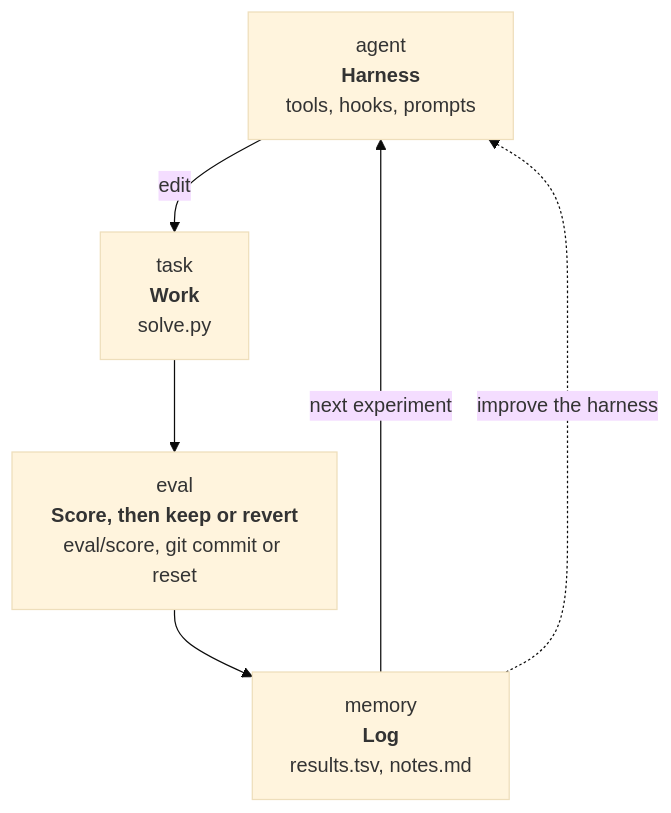
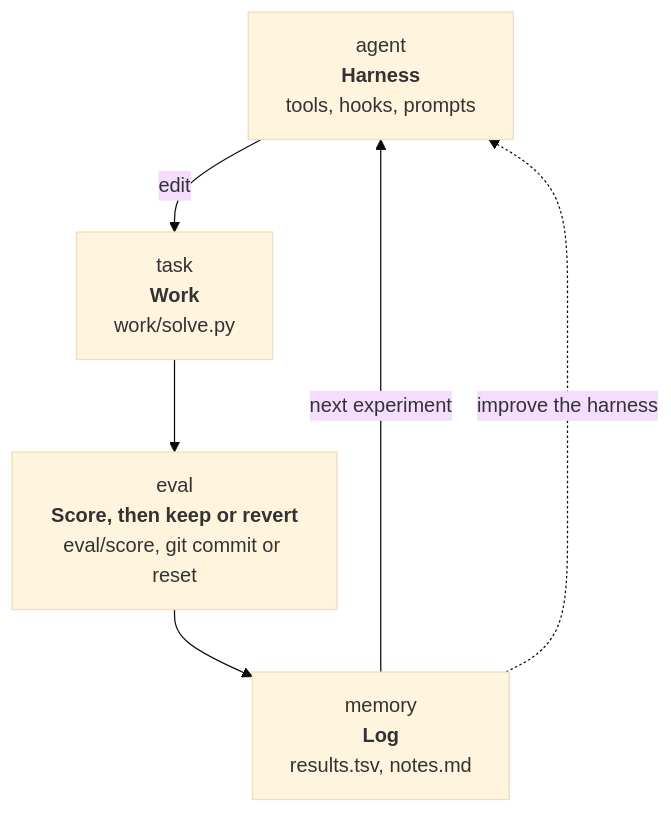
One commit to woodfordbl/arx changed the diagram in docs/autoresearch.md. Above: the diagram before and after it, drawn with Mermaid (base theme). The commit also changed other lines of this file and 22 other files, not shown here.

````diff
--- a/docs/autoresearch.md
+++ b/docs/autoresearch.md
@@ -15,12 +16,12 @@
 ```mermaid
 flowchart TD
   accTitle: The shape of a run
   harness["agent<br><b>Harness</b><br>tools, hooks, prompts"]
-  work["task<br><b>Work</b><br>solve.py"]
+  work["task<br><b>Work</b><br>work/solve.py"]
   score["eval<br><b>Score, then keep or revert</b><br>eval/score, git commit or reset"]
   log["memory<br><b>Log</b><br>results.tsv, notes.md"]
   harness -->|edit| work --> score --> log
   log -->|next experiment| harness
   log -.->|improve the harness| harness
   class harness focus
 ```
````
